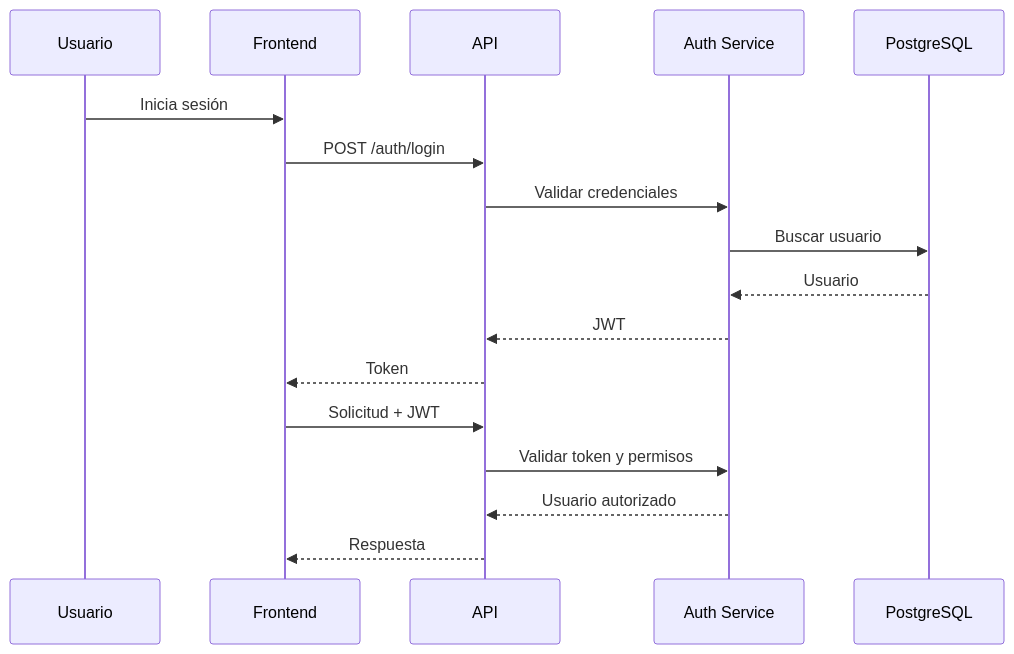
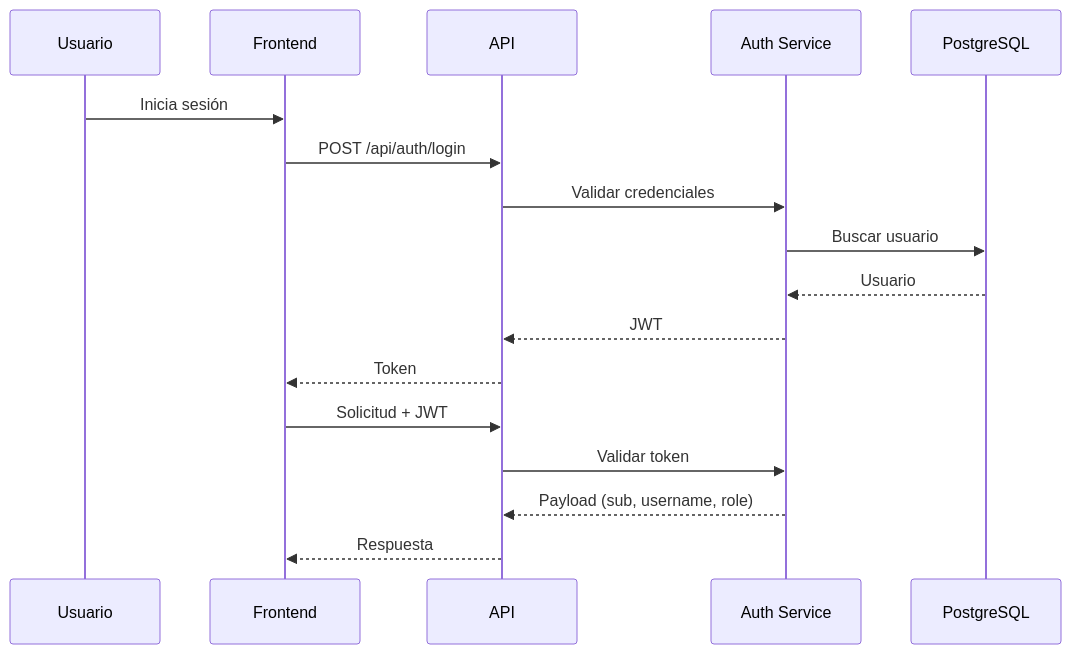
One commit to NicolasArrastia/UTN-TFI changed the second of 2 diagrams in docs/arquitectura/01-arquitectura-general.md. Above: the diagram before and after it, drawn with Mermaid. The commit also changed other lines of this file, not shown here.

````diff
--- a/docs/arquitectura/01-arquitectura-general.md
+++ b/docs/arquitectura/01-arquitectura-general.md
@@ -108,21 +91,20 @@
 ```mermaid
 sequenceDiagram
     participant U as Usuario
     participant F as Frontend
     participant A as API
     participant S as Auth Service
     participant DB as PostgreSQL
 
-
     U->>F: Inicia sesión
-    F->>A: POST /auth/login
+    F->>A: POST /api/auth/login
     A->>S: Validar credenciales
     S->>DB: Buscar usuario
     DB-->>S: Usuario
     S-->>A: JWT
     A-->>F: Token
     F->>A: Solicitud + JWT
-    A->>S: Validar token y permisos
-    S-->>A: Usuario autorizado
+    A->>S: Validar token
+    S-->>A: Payload (sub, username, role)
     A-->>F: Respuesta
 ```
````
